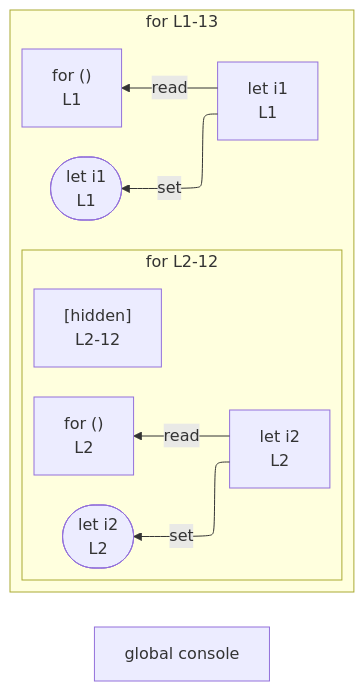
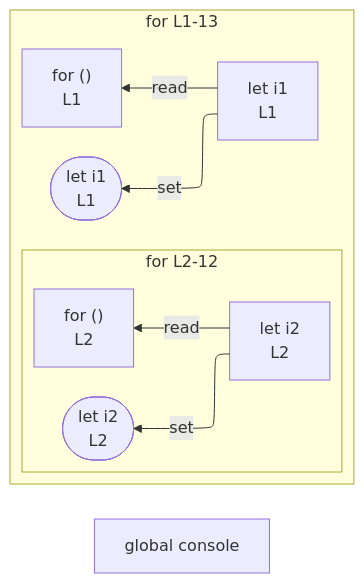
The diagram in integration/fixtures/app-behavior/depth/for/depth-1/preview.md (crescware/unsnarl), drawn with Mermaid before and after one commit. The commit also changed 96 other files, not shown here.

````diff
--- a/integration/fixtures/app-behavior/depth/for/depth-1/preview.md
+++ b/integration/fixtures/app-behavior/depth/for/depth-1/preview.md
@@ -23,22 +23,21 @@
 ```mermaid
 %%{init: {"flowchart": {"defaultRenderer": "elk"}}}%%
 flowchart RL
   n_scope_0_console_240["global console"]
   subgraph s_scope_1["for L1-13"]
     direction RL
     for_test_scope_0_0["for ()<br/>L1"]
     n_scope_1_i1_9["let i1<br/>L1"]
     wr_ref_2(["let i1<br/>L1"])
     subgraph s_scope_3["for L2-12"]
       direction RL
       for_test_scope_2_35["for ()<br/>L2"]
       n_scope_3_i2_44["let i2<br/>L2"]
       wr_ref_5(["let i2<br/>L2"])
-      collapsed_scope_4["[hidden]<br/>L2-12"]
     end
   end
   n_scope_1_i1_9 -->|set| wr_ref_2
   n_scope_3_i2_44 -->|set| wr_ref_5
   n_scope_1_i1_9 -->|read| for_test_scope_0_0
   n_scope_3_i2_44 -->|read| for_test_scope_2_35
 ```
````
